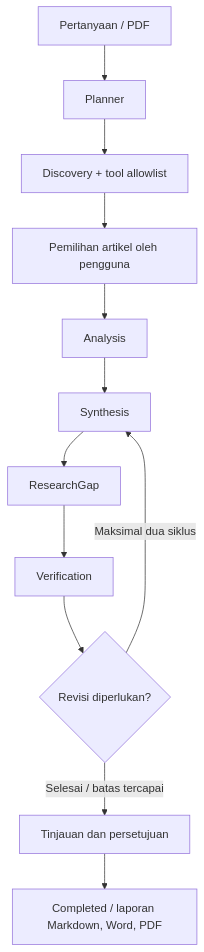
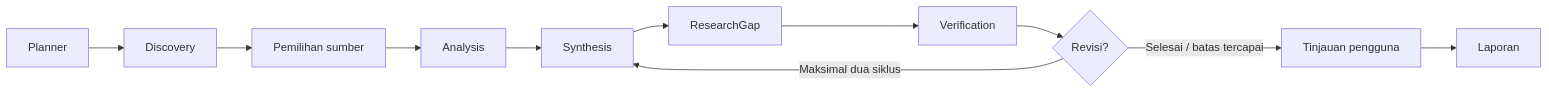
Before and after one commit to Marcellohugo/Researchmate: the second of 2 diagrams in README.md, drawn with Mermaid. The commit also changed other lines of this file and 48 other files, not shown here.

````diff
--- a/README.md
+++ b/README.md
@@ -128,14 +196,13 @@
 ```mermaid
-flowchart TD
-    I[Pertanyaan / PDF] --> P[Planner]
-    P --> D[Discovery + tool allowlist]
-    D --> H[Pemilihan artikel oleh pengguna]
+flowchart LR
+    P[Planner] --> D[Discovery]
+    D --> H[Pemilihan sumber]
     H --> A[Analysis]
     A --> S[Synthesis]
     S --> G[ResearchGap]
     G --> V[Verification]
-    V --> R{Revisi diperlukan?}
+    V --> R{Revisi?}
     R -->|Maksimal dua siklus| S
-    R -->|Selesai / batas tercapai| U[Tinjauan dan persetujuan]
-    U --> E[Completed / laporan Markdown, Word, PDF]
+    R -->|Selesai / batas tercapai| U[Tinjauan pengguna]
+    U --> E[Laporan]
 ```
````
